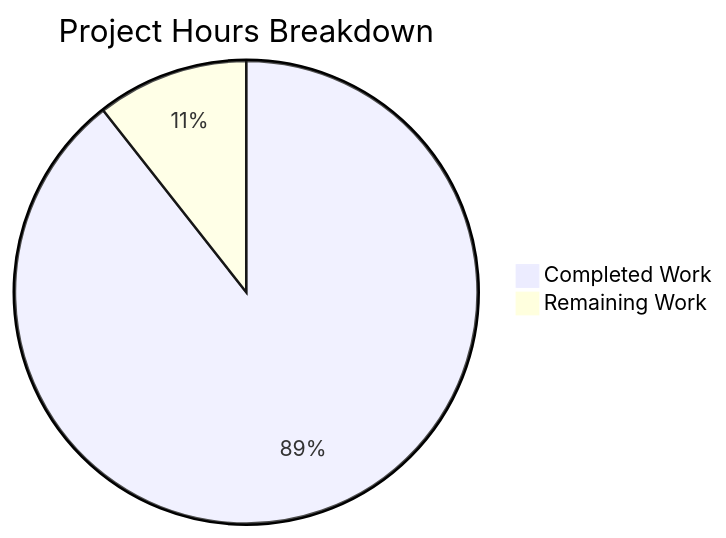
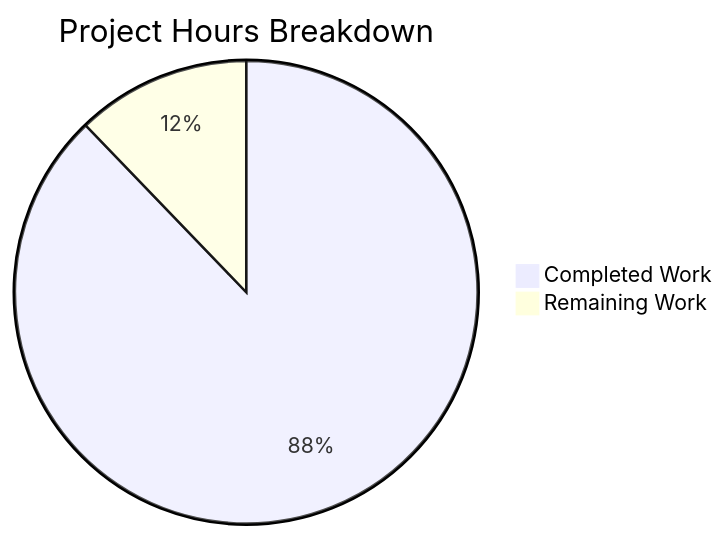
Before and after one commit to Blitzy-Sandbox/blitzy-RudderStack: the second of 3 diagrams in blitzy/documentation/Project Guide.md, drawn with Mermaid. The commit also changed other lines of this file, not shown here.

Commit message:
Adding Blitzy Project Guide: Project Status and Human Tasks Remaining

````diff
--- a/blitzy/documentation/Project Guide.md
+++ b/blitzy/documentation/Project Guide.md
@@ -77,5 +194,5 @@
 ```mermaid
 pie title Project Hours Breakdown
-    "Completed Work" : 295
-    "Remaining Work" : 35
+    "Completed Work" : 108
+    "Remaining Work" : 15
 ```
````
